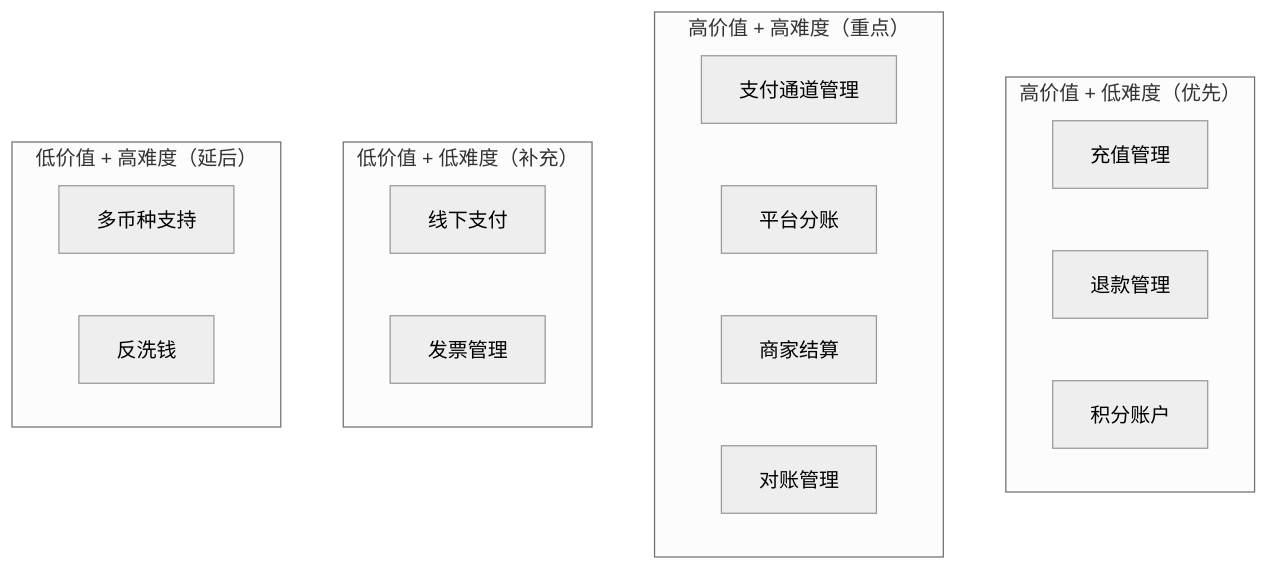
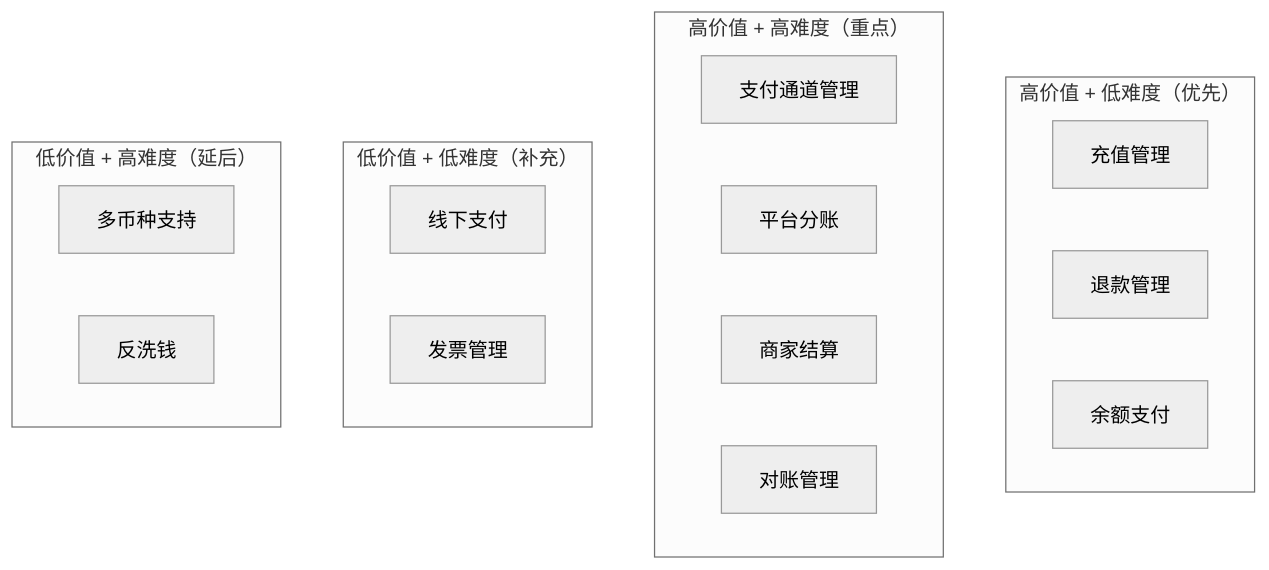
Before and after one commit to hqh-dot-wj/O2O-Mall-project: the fourth of 4 diagrams in apps/backend/docs/requirements/finance/finance-overall-analysis.md, drawn with Mermaid (neutral theme). The commit also changed other lines of this file and 164 other files, not shown here.

````diff
--- a/apps/backend/docs/requirements/finance/finance-overall-analysis.md
+++ b/apps/backend/docs/requirements/finance/finance-overall-analysis.md
@@ -575,25 +698,25 @@
 ```mermaid
 graph TB
     subgraph High["高价值 + 低难度（优先）"]
         H1[充值管理]
         H2[退款管理]
-        H3[积分账户]
+        H3[余额支付]
     end
 
     subgraph Medium["高价值 + 高难度（重点）"]
         M1[支付通道管理]
         M2[平台分账]
         M3[商家结算]
         M4[对账管理]
     end
 
     subgraph Low["低价值 + 低难度（补充）"]
         L1[线下支付]
         L2[发票管理]
     end
 
     subgraph Later["低价值 + 高难度（延后）"]
         LA1[多币种支持]
         LA2[反洗钱]
     end
 ```
````
